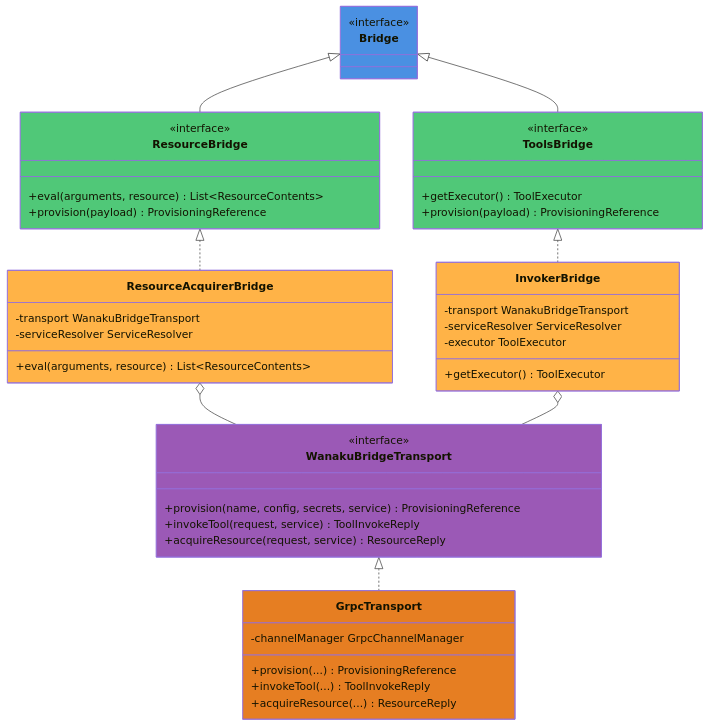
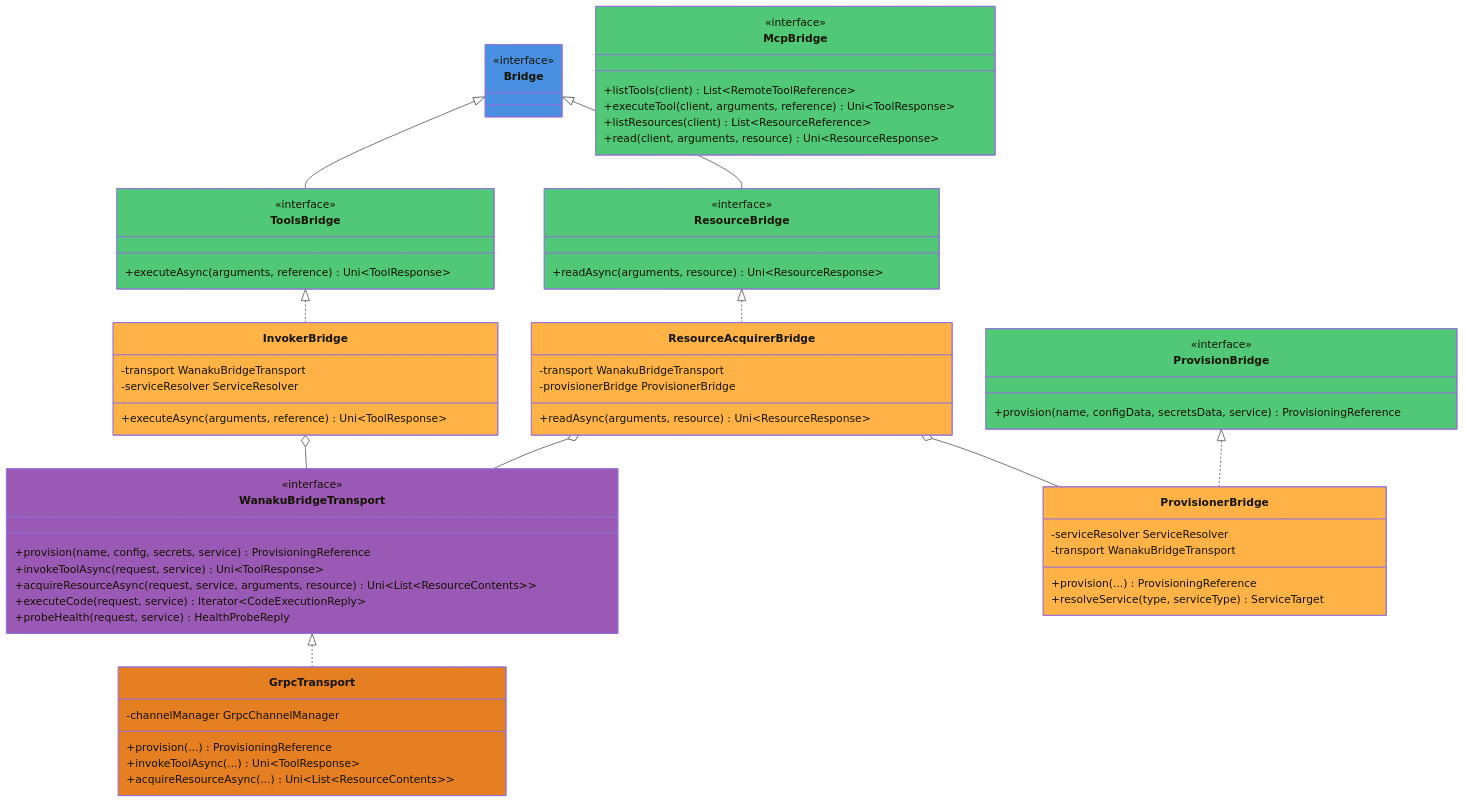
Before and after one commit to wanaku-ai/wanaku: the first of 6 diagrams in docs/wanaku-router-internals.md, drawn with Mermaid. The commit also changed other lines of this file and 5 other files, not shown here.

First line of the commit message:
Update documentation to reflect async-first bridge architecture

````diff
--- a/docs/wanaku-router-internals.md
+++ b/docs/wanaku-router-internals.md
@@ -20,56 +20,80 @@
 
     class ResourceBridge {
         <<interface>>
-        +eval(arguments, resource) List~ResourceContents~
-        +provision(payload) ProvisioningReference
+        +readAsync(arguments, resource) Uni~ResourceResponse~
     }
 
     class ToolsBridge {
         <<interface>>
-        +getExecutor() ToolExecutor
-        +provision(payload) ProvisioningReference
+        +executeAsync(arguments, reference) Uni~ToolResponse~
+    }
+
+    class ProvisionBridge {
+        <<interface>>
+        +provision(name, configData, secretsData, service) ProvisioningReference
+    }
+
+    class McpBridge {
+        <<interface>>
+        +listTools(client) List~RemoteToolReference~
+        +executeTool(client, arguments, reference) Uni~ToolResponse~
+        +listResources(client) List~ResourceReference~
+        +read(client, arguments, resource) Uni~ResourceResponse~
     }
 
     class WanakuBridgeTransport {
         <<interface>>
         +provision(name, config, secrets, service) ProvisioningReference
-        +invokeTool(request, service) ToolInvokeReply
-        +acquireResource(request, service) ResourceReply
+        +invokeToolAsync(request, service) Uni~ToolResponse~
+        +acquireResourceAsync(request, service, arguments, resource) Uni~List~ResourceContents~~
+        +executeCode(request, service) Iterator~CodeExecutionReply~
+        +probeHealth(request, service) HealthProbeReply
     }
 
     class ResourceAcquirerBridge {
         -transport WanakuBridgeTransport
-        -serviceResolver ServiceResolver
-        +eval(arguments, resource) List~ResourceContents~
+        -provisionerBridge ProvisionerBridge
+        +readAsync(arguments, resource) Uni~ResourceResponse~
     }
 
     class InvokerBridge {
         -transport WanakuBridgeTransport
         -serviceResolver ServiceResolver
-        -executor ToolExecutor
-        +getExecutor() ToolExecutor
+        +executeAsync(arguments, reference) Uni~ToolResponse~
+    }
+
+    class ProvisionerBridge {
+        -serviceResolver ServiceResolver
+        -transport WanakuBridgeTransport
+        +provision(...) ProvisioningReference
+        +resolveService(type, serviceType) ServiceTarget
     }
 
     class GrpcTransport {
         -channelManager GrpcChannelManager
         +provision(...) ProvisioningReference
-        +invokeTool(...) ToolInvokeReply
-        +acquireResource(...) ResourceReply
+        +invokeToolAsync(...) Uni~ToolResponse~
+        +acquireResourceAsync(...) Uni~List~ResourceContents~~
     }
 
     Bridge <|-- ResourceBridge
     Bridge <|-- ToolsBridge
+    ProvisionBridge <|.. ProvisionerBridge
     ResourceBridge <|.. ResourceAcquirerBridge
     ToolsBridge <|.. InvokerBridge
     WanakuBridgeTransport <|.. GrpcTransport
     ResourceAcquirerBridge o-- WanakuBridgeTransport
+    ResourceAcquirerBridge o-- ProvisionerBridge
     InvokerBridge o-- WanakuBridgeTransport
 
     style Bridge fill:#4A90E2
     style ResourceBridge fill:#50C878
     style ToolsBridge fill:#50C878
+    style ProvisionBridge fill:#50C878
+    style McpBridge fill:#50C878
     style WanakuBridgeTransport fill:#9B59B6
     style ResourceAcquirerBridge fill:#FFB347
     style InvokerBridge fill:#FFB347
+    style ProvisionerBridge fill:#FFB347
     style GrpcTransport fill:#E67E22
 ```
````
